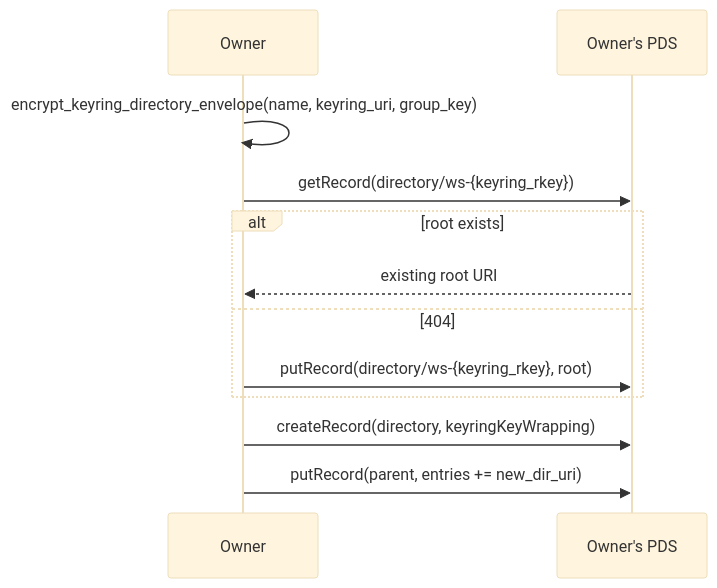
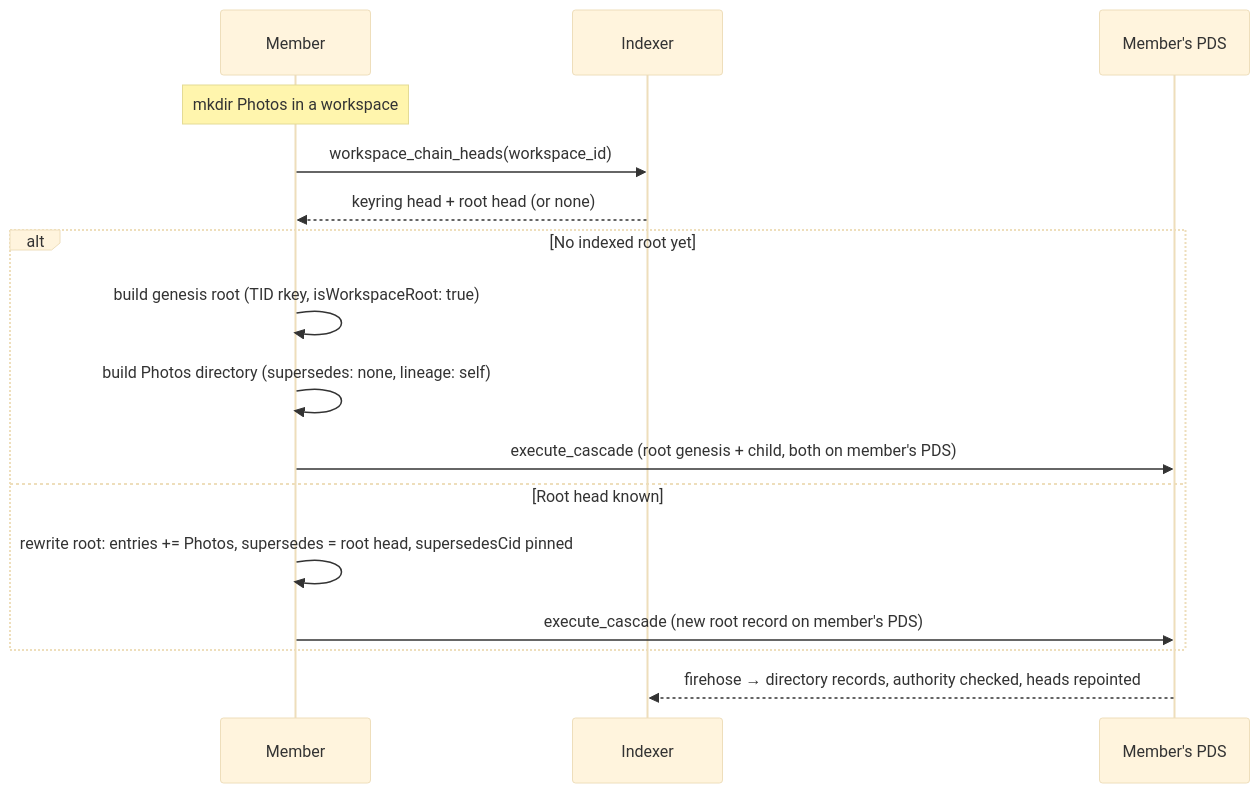
The fourth of 4 diagrams in docs/flows/directories.md (Sans-Self/Opake), drawn with Mermaid (base theme) before and after one commit. The commit also changed other lines of this file and 35 other files, not shown here.

````diff
--- a/docs/flows/directories.md
+++ b/docs/flows/directories.md
@@ -134,15 +138,20 @@
 ```mermaid
 sequenceDiagram
-    participant Owner
-    participant PDS as Owner's PDS
+    participant Member
+    participant IX as Indexer
+    participant PDS as Member's PDS
 
-    Owner->>Owner: encrypt_keyring_directory_envelope(name, keyring_uri, group_key)
-    Owner->>PDS: getRecord(directory/ws-{keyring_rkey})
-    alt root exists
-        PDS-->>Owner: existing root URI
-    else 404
-        Owner->>PDS: putRecord(directory/ws-{keyring_rkey}, root)
+    Note over Member: mkdir Photos in a workspace
+    Member->>IX: workspace_chain_heads(workspace_id)
+    IX-->>Member: keyring head + root head (or none)
+
+    alt No indexed root yet
+        Member->>Member: build genesis root (TID rkey, isWorkspaceRoot: true)
+        Member->>Member: build Photos directory (supersedes: none, lineage: self)
+        Member->>PDS: execute_cascade (root genesis + child, both on member's PDS)
+    else Root head known
+        Member->>Member: rewrite root: entries += Photos, supersedes = root head, supersedesCid pinned
+        Member->>PDS: execute_cascade (new root record on member's PDS)
     end
-    Owner->>PDS: createRecord(directory, keyringKeyWrapping)
-    Owner->>PDS: putRecord(parent, entries += new_dir_uri)
+    PDS-->>IX: firehose → directory records, authority checked, heads repointed
 ```
````
